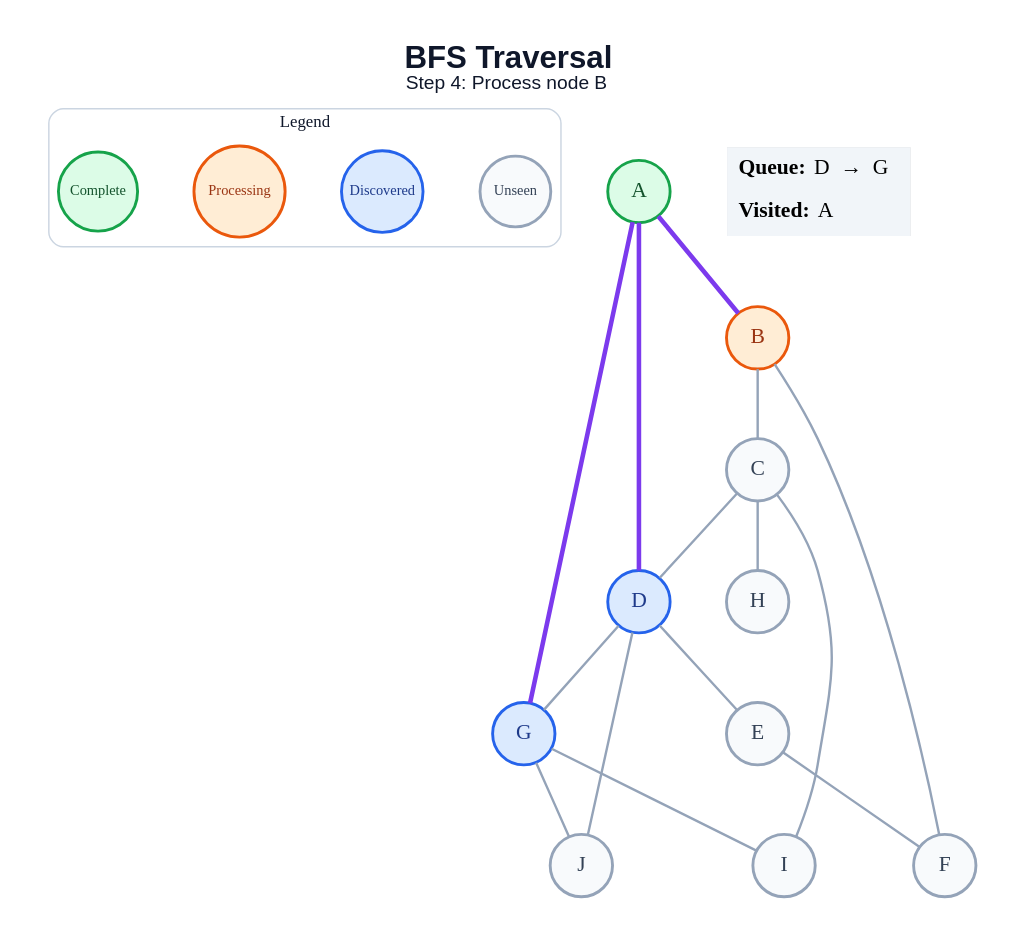
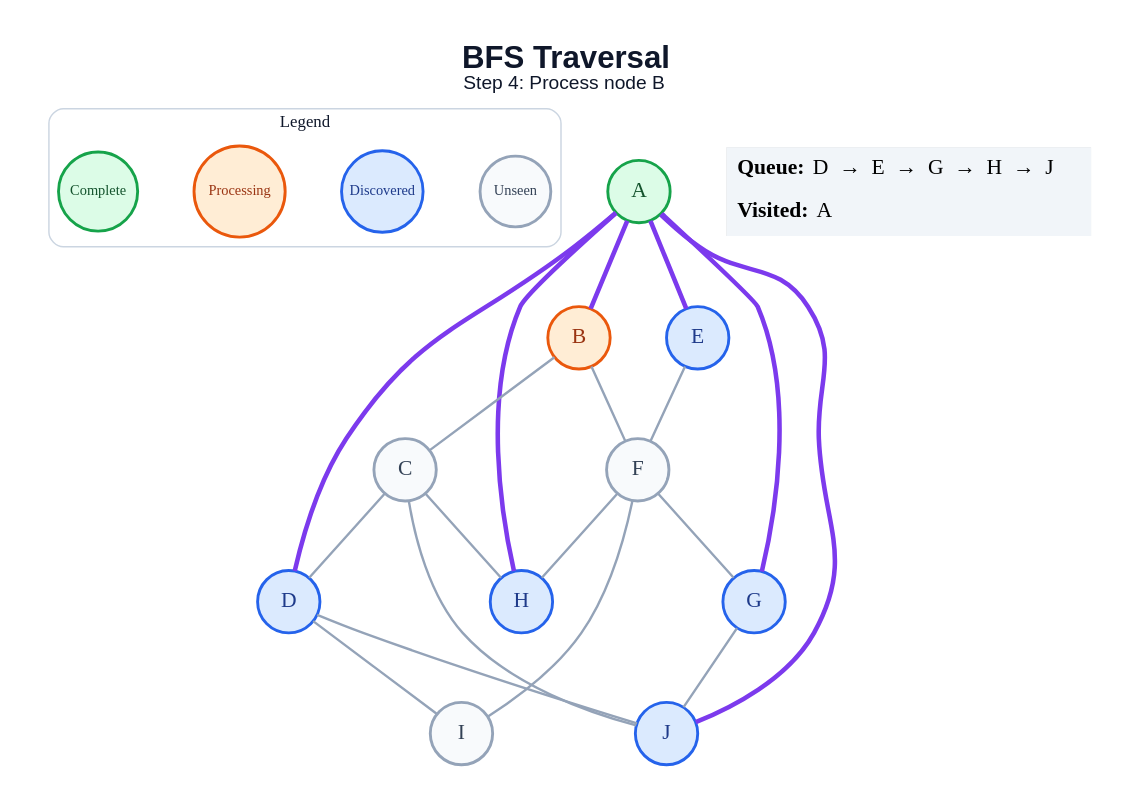
One commit to anon7238593-create/ai-slop changed the diagram in generated/bfs/step_04.dot. Above: the diagram before and after it, drawn with Graphviz. The commit also changed 178 other files, not shown here.

```diff
--- a/generated/bfs/step_04.dot
+++ b/generated/bfs/step_04.dot
@@ -1,43 +1,47 @@
 graph traversal {
   graph [layout=dot, rankdir=TB, bgcolor="#FFFFFF", pad="0.35", nodesep="0.65", ranksep="0.8", fontname="Arial"];
   node [shape=circle, style="filled", fontname="Arial Bold", fontsize=18, width=0.72, fixedsize=true, penwidth=2.4];
   edge [color="#94A3B8", penwidth=2.0];
   label=<<B>BFS Traversal</B><BR/><FONT POINT-SIZE="16">Step 4: Process node B</FONT>>; labelloc="t"; fontsize=26; fontname="Arial"; fontcolor="#0F172A";
   subgraph cluster_legend { label="Legend"; color="#CBD5E1"; penwidth=1.2; style="rounded"; fontsize=14; fontname="Arial Bold";
     key_unseen [label="Unseen", fillcolor="#F8FAFC", color="#94A3B8", fontcolor="#334155", fontsize=12, width=0.82];
     key_frontier [label="Discovered", fillcolor="#DBEAFE", color="#2563EB", fontcolor="#1E3A8A", fontsize=12, width=0.95];
     key_current [label="Processing", fillcolor="#FFEDD5", color="#EA580C", fontcolor="#9A3412", fontsize=12, width=1.05];
     key_done [label="Complete", fillcolor="#DCFCE7", color="#16A34A", fontcolor="#14532D", fontsize=12, width=0.92];
     { rank=same; key_unseen; key_frontier; key_current; key_done; }
   }
   A [fillcolor="#DCFCE7", color="#16A34A", fontcolor="#14532D"];
   B [fillcolor="#FFEDD5", color="#EA580C", fontcolor="#9A3412"];
   C [fillcolor="#F8FAFC", color="#94A3B8", fontcolor="#334155"];
   D [fillcolor="#DBEAFE", color="#2563EB", fontcolor="#1E3A8A"];
-  E [fillcolor="#F8FAFC", color="#94A3B8", fontcolor="#334155"];
+  E [fillcolor="#DBEAFE", color="#2563EB", fontcolor="#1E3A8A"];
   F [fillcolor="#F8FAFC", color="#94A3B8", fontcolor="#334155"];
   G [fillcolor="#DBEAFE", color="#2563EB", fontcolor="#1E3A8A"];
-  H [fillcolor="#F8FAFC", color="#94A3B8", fontcolor="#334155"];
+  H [fillcolor="#DBEAFE", color="#2563EB", fontcolor="#1E3A8A"];
   I [fillcolor="#F8FAFC", color="#94A3B8", fontcolor="#334155"];
-  J [fillcolor="#F8FAFC", color="#94A3B8", fontcolor="#334155"];
+  J [fillcolor="#DBEAFE", color="#2563EB", fontcolor="#1E3A8A"];
   A -- B [color="#7C3AED", penwidth=3.8];
   A -- D [color="#7C3AED", penwidth=3.8];
+  A -- E [color="#7C3AED", penwidth=3.8];
   A -- G [color="#7C3AED", penwidth=3.8];
+  A -- H [color="#7C3AED", penwidth=3.8];
+  A -- J [color="#7C3AED", penwidth=3.8];
   B -- C;
   B -- F;
   C -- D;
   C -- H;
-  C -- I;
-  D -- E;
-  D -- G;
+  C -- J;
+  D -- I;
   D -- J;
   E -- F;
-  G -- I;
+  F -- G;
+  F -- H;
+  F -- I;
   G -- J;
   status [shape=plain, fixedsize=false, width=0, height=0, margin=0, label=<
     <TABLE BORDER="0" CELLBORDER="0" CELLPADDING="7" BGCOLOR="#F1F5F9">
-      <TR><TD ALIGN="LEFT"><B>Queue:</B> D  →  G</TD></TR>
+      <TR><TD ALIGN="LEFT"><B>Queue:</B> D  →  E  →  G  →  H  →  J</TD></TR>
       <TR><TD ALIGN="LEFT"><B>Visited:</B> A</TD></TR>
     </TABLE>
   >];
 }
```
